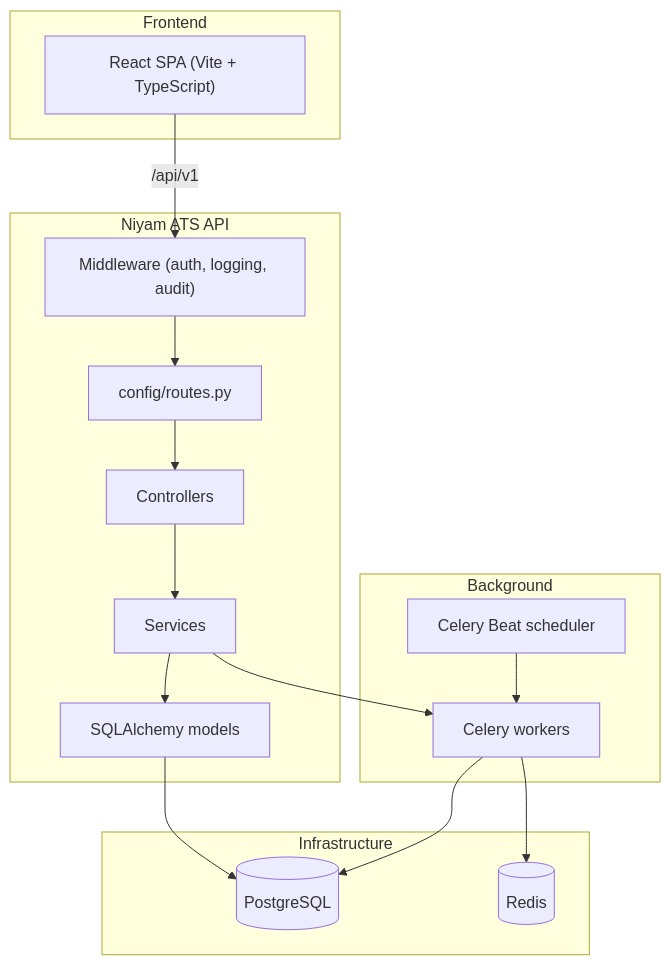
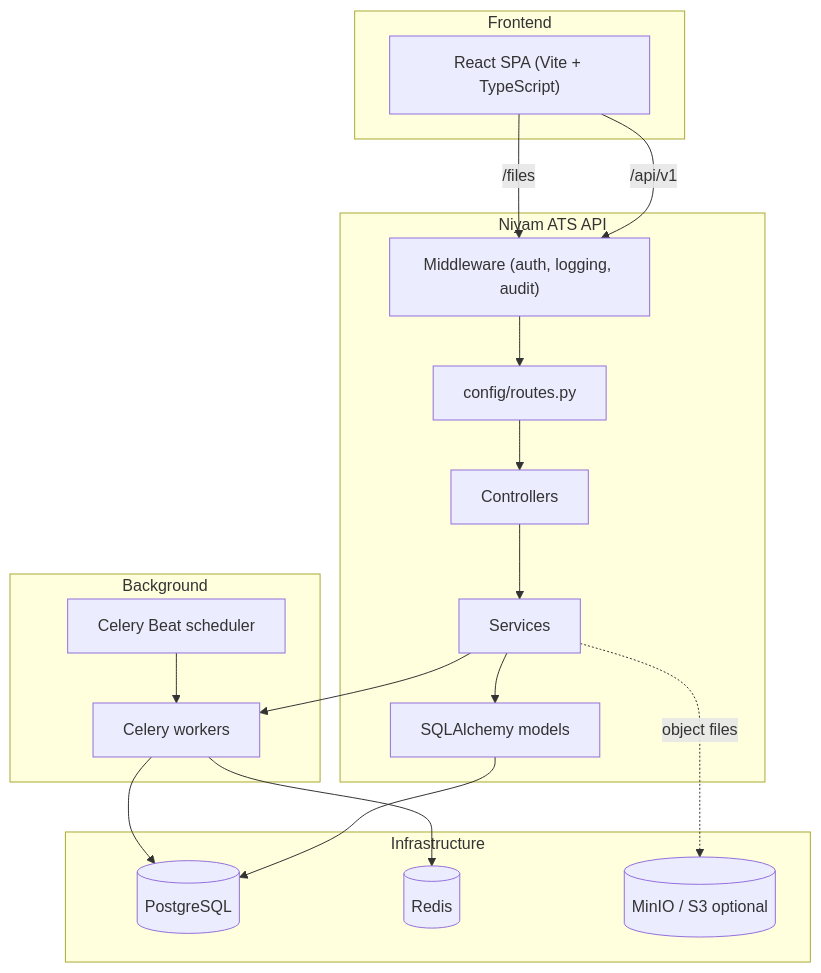
The diagram in README.md (imrohit4077/niyam), drawn with Mermaid before and after one commit. The commit also changed other lines of this file, not shown here.

````diff
--- a/README.md
+++ b/README.md
@@ -137,30 +241,33 @@
 ```mermaid
 flowchart TB
   subgraph Client["Frontend"]
     SPA["React SPA (Vite + TypeScript)"]
   end
 
   subgraph API["Niyam ATS API"]
     MW["Middleware (auth, logging, audit)"]
     RT["config/routes.py"]
     CT["Controllers"]
     SV["Services"]
     MD["SQLAlchemy models"]
   end
 
   subgraph Async["Background"]
     WK["Celery workers"]
     BT["Celery Beat scheduler"]
   end
 
   subgraph Data["Infrastructure"]
     PG[("PostgreSQL")]
     RD[("Redis")]
+    MN[("MinIO / S3 optional")]
   end
 
   SPA -->|"/api/v1"| MW --> RT --> CT --> SV --> MD --> PG
+  SV -.->|object files| MN
+  SPA -->|"/files"| MW
   SV --> WK
   BT --> WK
   WK --> RD
   WK --> PG
 ```
````
